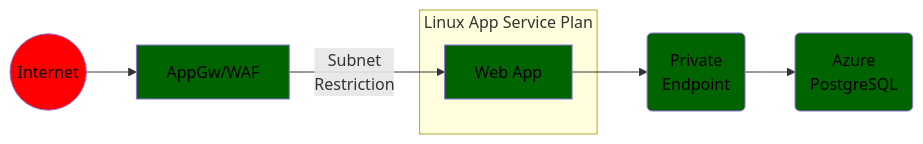
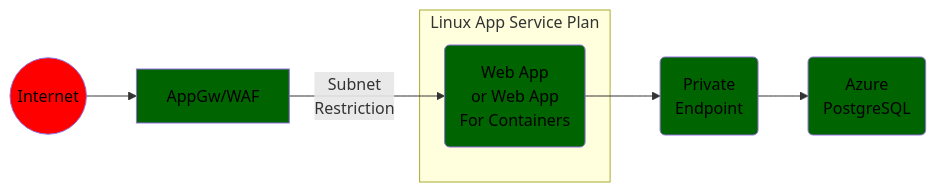
One commit to msalemor/azure-java-app-linux-networking changed the third of 3 diagrams in README.md. Above: the diagram before and after it, drawn with Mermaid. The commit also changed other lines of this file, not shown here.

````diff
--- a/README.md
+++ b/README.md
@@ -51,15 +53,15 @@
 ```mermaid
 graph LR;
   A((Internet))-->F[AppGw/WAF]
   F--Subnet<br/>Restriction-->a2;
   subgraph "Linux App Service Plan"
-    a2[Web App]
+    a2(Web App<br/>or Web App<br/>For Containers)
   end  
   a2-->D(Private<br/>Endpoint);
   D-->G(Azure<br/>PostgreSQL);
   classDef unsafe fill:red,color:black;
   class A,B,C unsafe;
   classDef semisafe fill:darkorange,color:black;  
   classDef safe fill:darkgreen,color:black;
   class D,F,a2,G safe;
 ```
````
